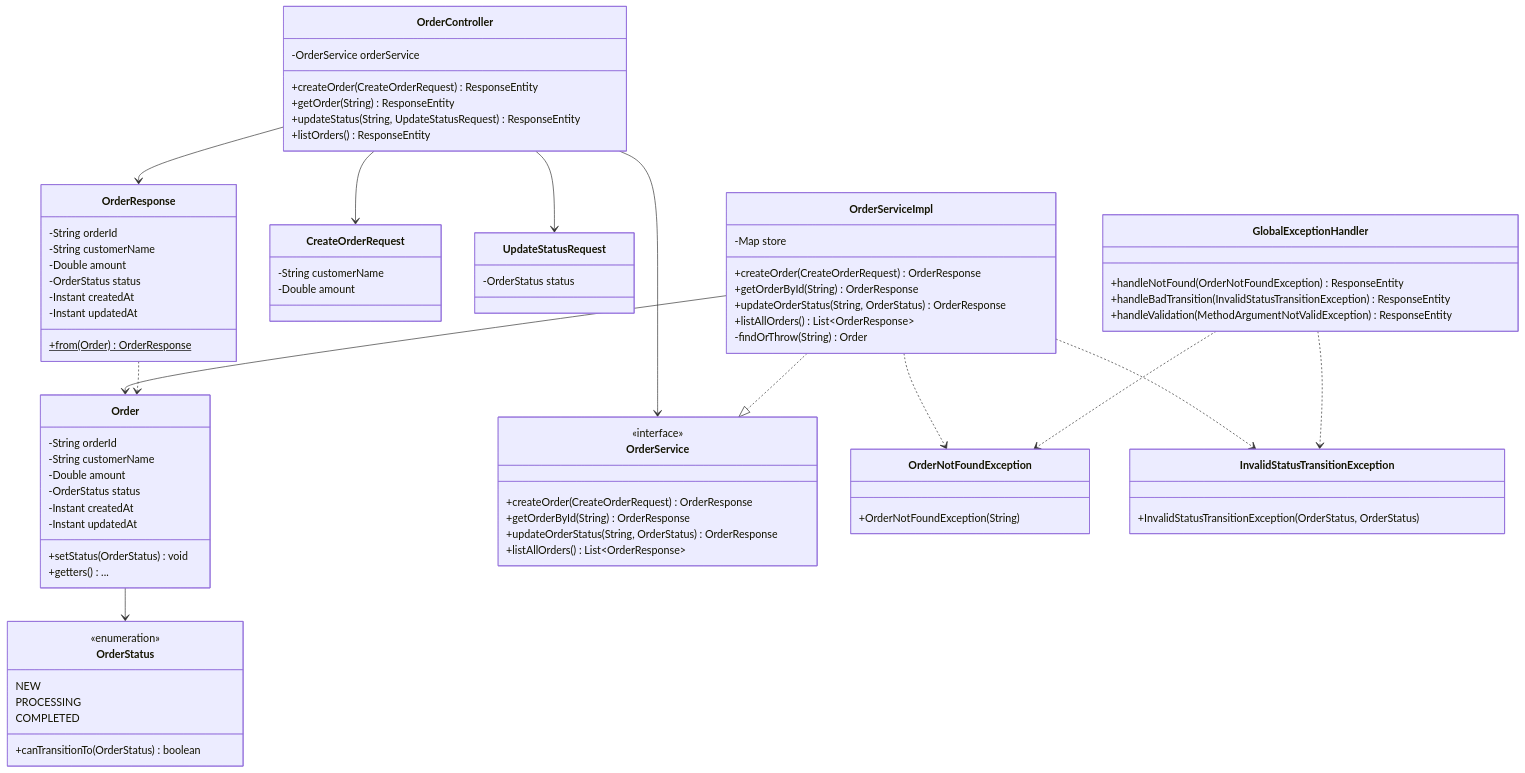
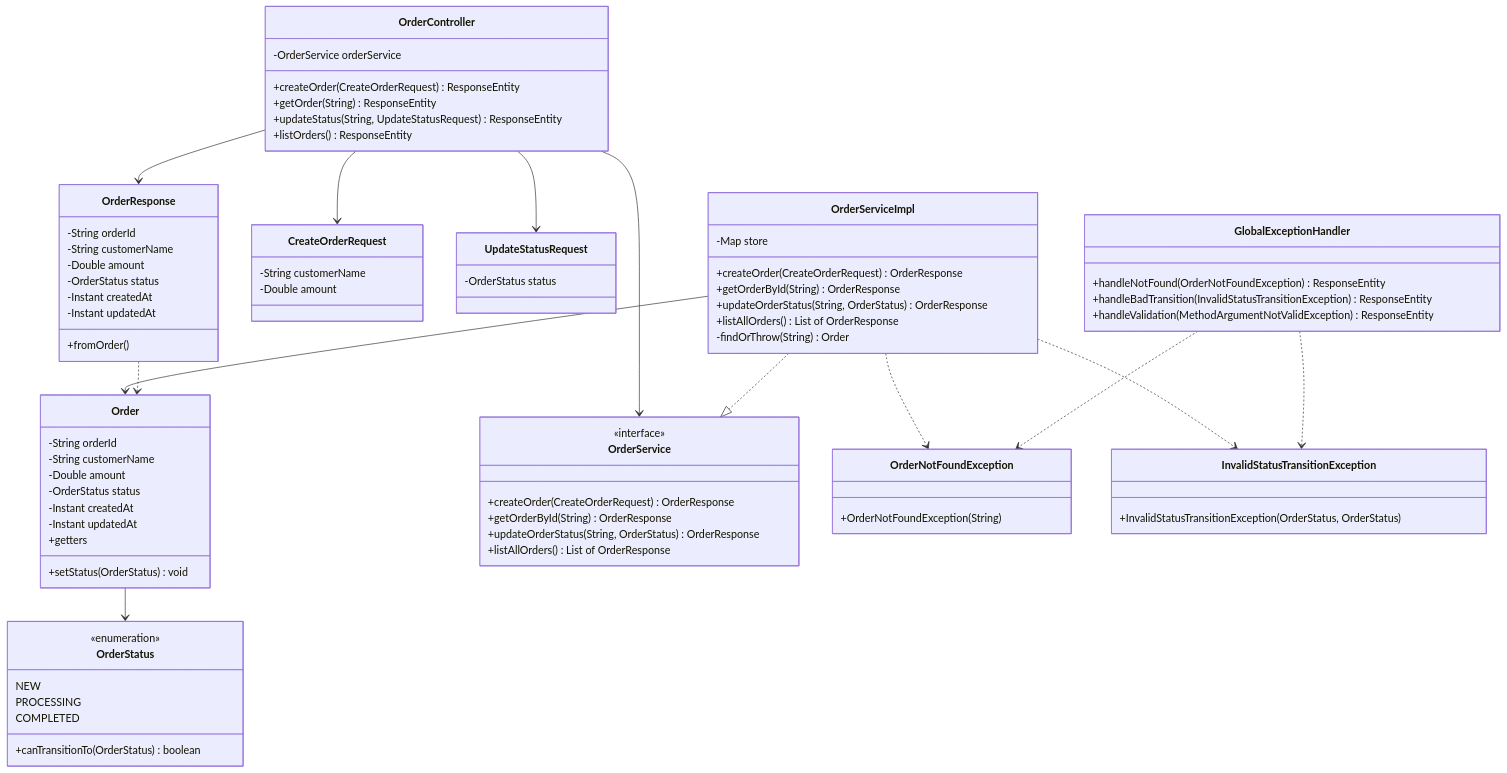
The fifth of 5 diagrams in Order_management_service/README.md (saifaofficial21/Reflection), drawn with Mermaid before and after one commit. The commit also changed other lines of this file, not shown here.

Commit message:
docs: simplify Mermaid for GitHub (avoid braces, at-sign, autonumber)

```diff
--- a/Order_management_service/README.md
+++ b/Order_management_service/README.md
@@ -475,7 +474,7 @@
         -Instant createdAt
         -Instant updatedAt
         +setStatus(OrderStatus) void
-        +getters() ...
+        +getters
     }
 
     class OrderStatus {
@@ -499,7 +498,7 @@
         +createOrder(CreateOrderRequest) OrderResponse
         +getOrderById(String) OrderResponse
         +updateOrderStatus(String, OrderStatus) OrderResponse
-        +listAllOrders() List~OrderResponse~
+        +listAllOrders() List of OrderResponse
     }
 
     class OrderServiceImpl {
@@ -507,7 +506,7 @@
         +createOrder(CreateOrderRequest) OrderResponse
         +getOrderById(String) OrderResponse
         +updateOrderStatus(String, OrderStatus) OrderResponse
-        +listAllOrders() List~OrderResponse~
+        +listAllOrders() List of OrderResponse
         -findOrThrow(String) Order
     }
 
@@ -527,7 +526,7 @@
         -OrderStatus status
         -Instant createdAt
         -Instant updatedAt
-        +from(Order)$ OrderResponse
+        +fromOrder()
     }
 
     class OrderNotFoundException {
```
